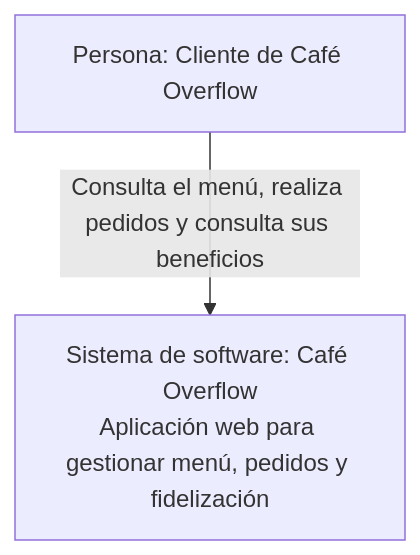
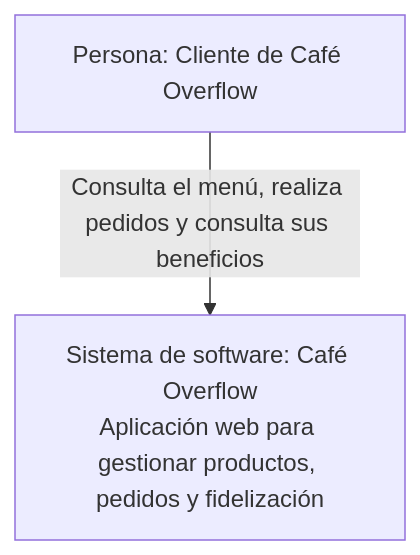
The diagram in docs/diagramas-c4/c1-contexto.mmd (alejoms13/Taller-Modelo-N-Tier), drawn with Mermaid before and after one commit.

```diff
--- a/docs/diagramas-c4/c1-contexto.mmd
+++ b/docs/diagramas-c4/c1-contexto.mmd
@@ -1,5 +1,6 @@
 flowchart TB
     Cliente["Persona: Cliente de Café Overflow"]
-    Cafe["Sistema de software: Café Overflow<br/>Aplicación web para gestionar menú, pedidos y fidelización"]
+
+    Cafe["Sistema de software: Café Overflow<br/>Aplicación web para gestionar productos, pedidos y fidelización"]
 
     Cliente -->|"Consulta el menú, realiza pedidos y consulta sus beneficios"| Cafe
```
